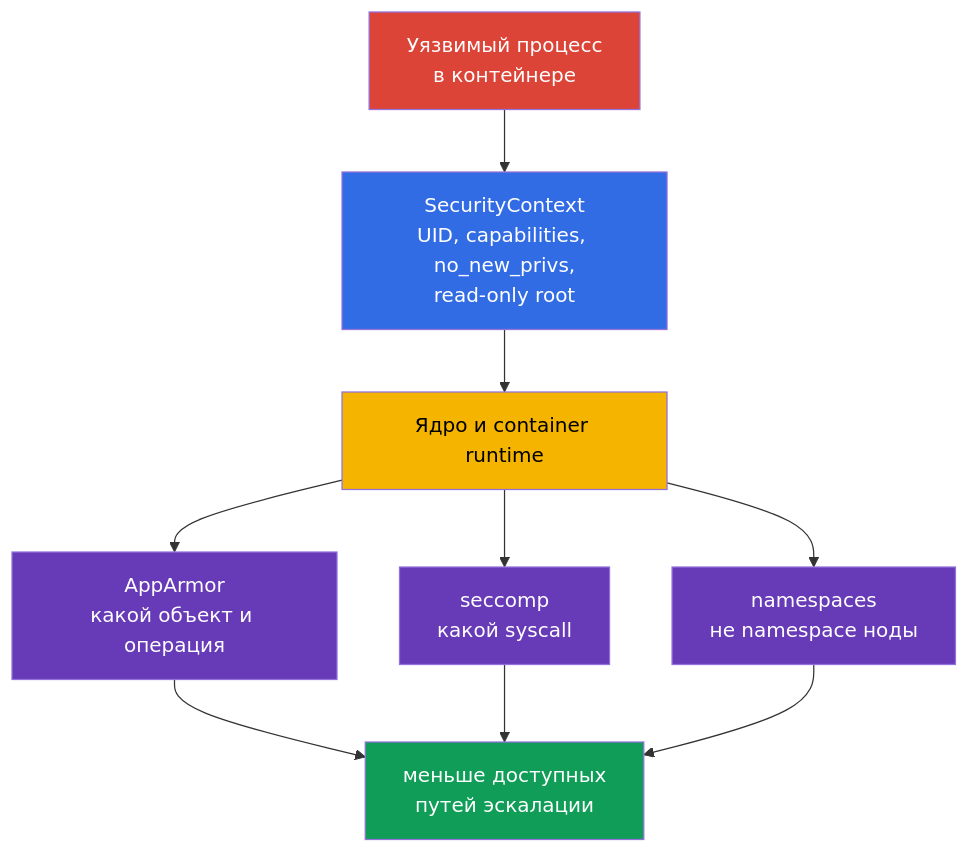
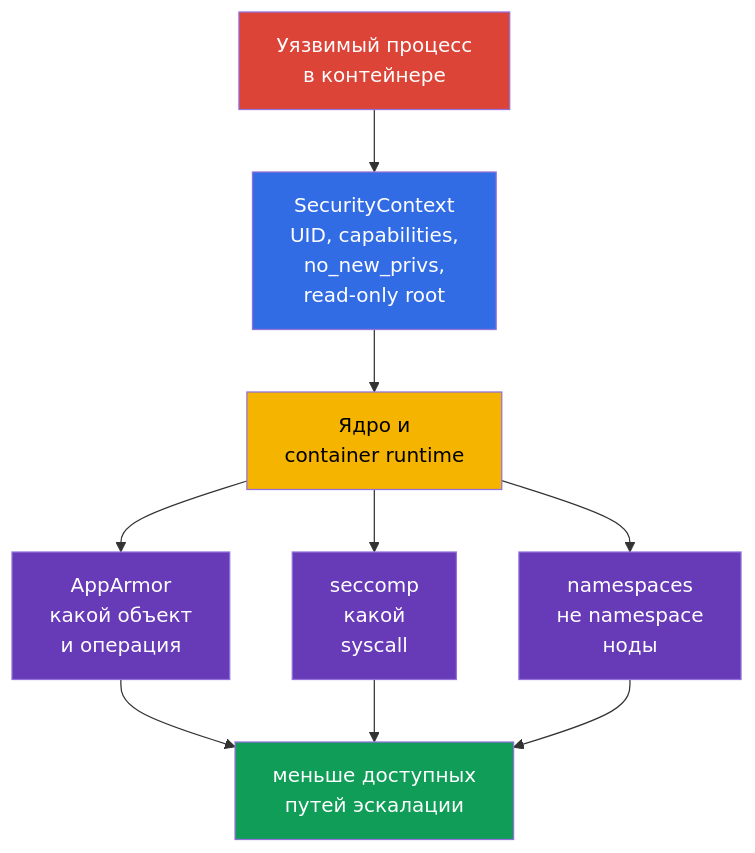
The first of 3 diagrams in tasks/cks/course/18/ru.md (ViktorUJ/cks), drawn with Mermaid before and after one commit. The commit also changed other lines of this file and 7 other files, not shown here.

````diff
--- a/tasks/cks/course/18/ru.md
+++ b/tasks/cks/course/18/ru.md
@@ -38,18 +38,18 @@
 ```mermaid
 flowchart TB
-    vuln["Уязвимый процесс<br/>в контейнере"] --> sc["SecurityContext<br/>UID, capabilities, no_new_privs,<br/>read-only root"]
-    sc --> kernel["Ядро и container runtime"]
-    kernel --> aa["AppArmor<br/>какой объект и операция"]
-    kernel --> sec["seccomp<br/>какой syscall"]
-    kernel --> ns["namespaces<br/>не namespace ноды"]
+    vuln["Уязвимый процесс<br/>в контейнере"] --> sc["SecurityContext<br/>UID, capabilities,<br/>no_new_privs,<br/>read-only root"]
+    sc --> kernel["Ядро и<br/>container runtime"]
+    kernel --> aa["AppArmor<br/>какой объект<br/>и операция"]
+    kernel --> sec["seccomp<br/>какой<br/>syscall"]
+    kernel --> ns["namespaces<br/>не namespace<br/>ноды"]
     aa --> result["меньше доступных<br/>путей эскалации"]
     sec --> result
     ns --> result
     style vuln fill:#db4437,color:#fff
     style sc fill:#326ce5,color:#fff
     style kernel fill:#f4b400,color:#000
     style aa fill:#673ab7,color:#fff
     style sec fill:#673ab7,color:#fff
     style ns fill:#673ab7,color:#fff
     style result fill:#0f9d58,color:#fff
 ```
````
